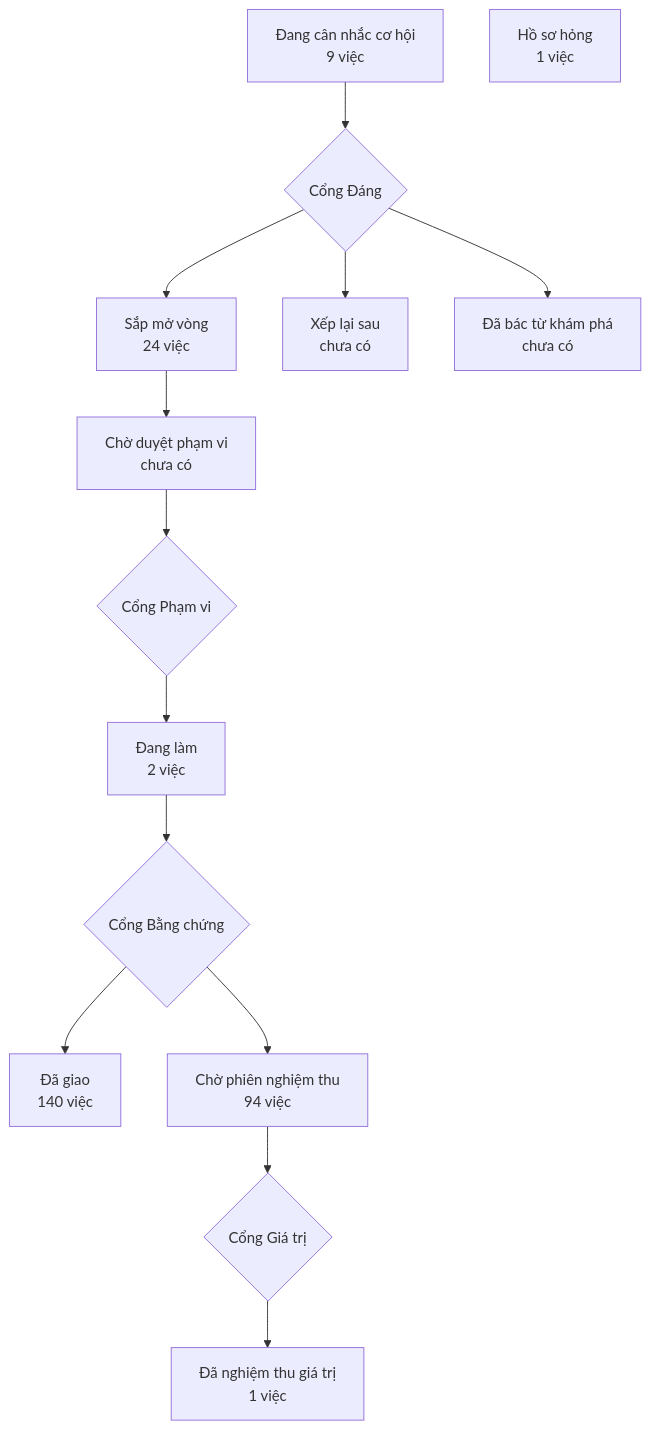
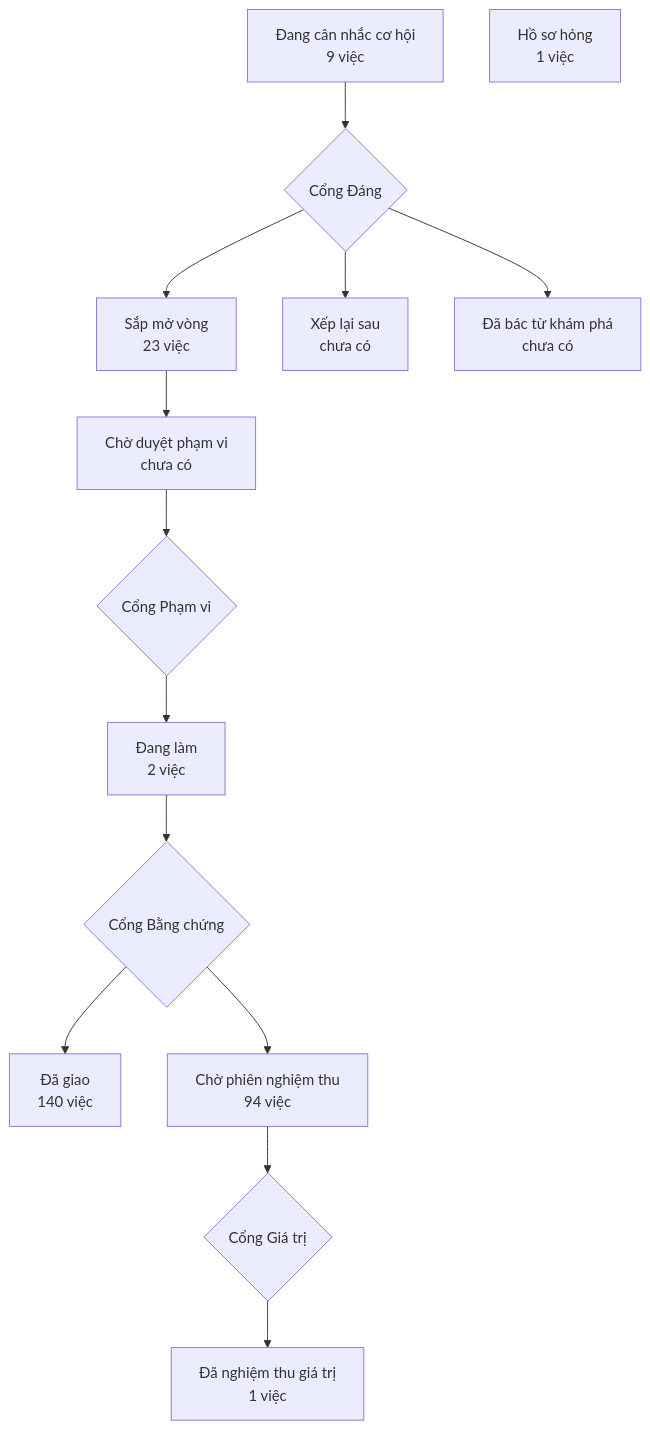
The diagram in PRODUCT-MAP.md (phanlemanh/crm-onehub), drawn with Mermaid before and after one commit. The commit also changed 1 other file, not shown here.

Commit message:
chore: vẽ lại bản đồ sản phẩm sau khi gộp onehub có V2a

````diff
--- a/PRODUCT-MAP.md
+++ b/PRODUCT-MAP.md
@@ -7,13 +7,13 @@
 ```mermaid
 flowchart TD
   A["Đang cân nhắc cơ hội<br/>9 việc"] --> GD{"Cổng Đáng"}
-  GD --> B["Sắp mở vòng<br/>24 việc"]
+  GD --> B["Sắp mở vòng<br/>23 việc"]
   GD --> XL["Xếp lại sau<br/>chưa có"]
   GD --> DB["Đã bác từ khám phá<br/>chưa có"]
   B --> CD["Chờ duyệt phạm vi<br/>chưa có"] --> GP{"Cổng Phạm vi"}
   GP --> DL["Đang làm<br/>2 việc"] --> GB{"Cổng Bằng chứng"}
   GB --> DG["Đã giao<br/>140 việc"]
   GB --> CN["Chờ phiên nghiệm thu<br/>94 việc"] --> GG{"Cổng Giá trị"}
   GG --> NT["Đã nghiệm thu giá trị<br/>1 việc"]
   HS["Hồ sơ hỏng<br/>1 việc"]
 ```
````
